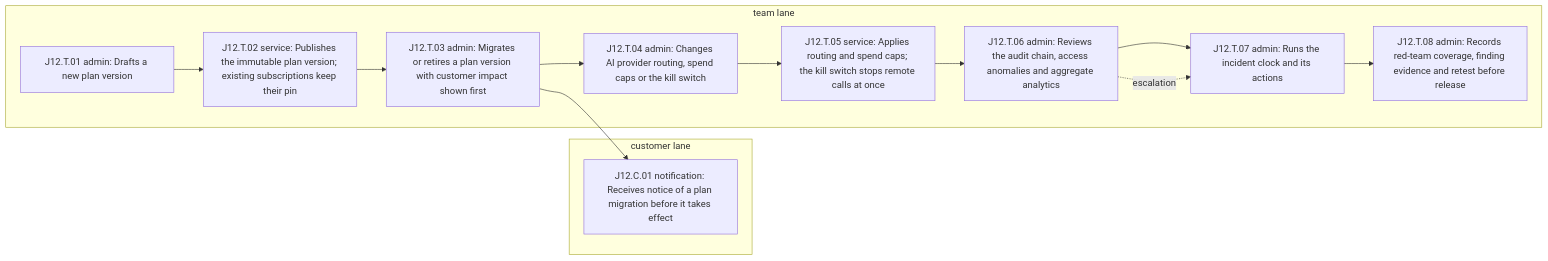
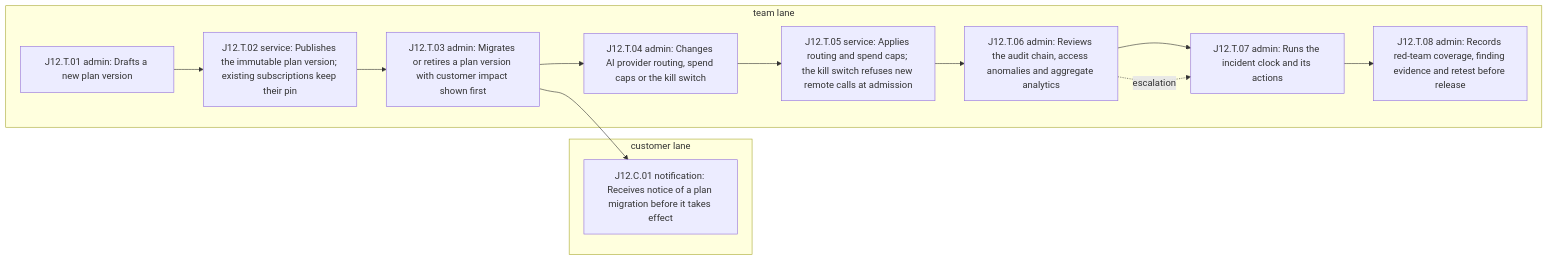
Diagram 13 of 13 in product/journey-blueprints.md (PenniLogic/docs), drawn with Mermaid before and after one commit. The commit also changed other lines of this file and 3 other files, not shown here.

````diff
--- a/product/journey-blueprints.md
+++ b/product/journey-blueprints.md
@@ -1179,25 +1180,25 @@
 ```mermaid
 flowchart LR
     subgraph customer[customer lane]
         J12_C_01["J12.C.01 notification: Receives notice of a plan migration before it takes effect"]
     end
     subgraph team[team lane]
         J12_T_01["J12.T.01 admin: Drafts a new plan version"]
         J12_T_02["J12.T.02 service: Publishes the immutable plan version; existing subscriptions keep their pin"]
         J12_T_03["J12.T.03 admin: Migrates or retires a plan version with customer impact shown first"]
         J12_T_04["J12.T.04 admin: Changes AI provider routing, spend caps or the kill switch"]
-        J12_T_05["J12.T.05 service: Applies routing and spend caps; the kill switch stops remote calls at once"]
+        J12_T_05["J12.T.05 service: Applies routing and spend caps; the kill switch refuses new remote calls at admission"]
         J12_T_06["J12.T.06 admin: Reviews the audit chain, access anomalies and aggregate analytics"]
         J12_T_07["J12.T.07 admin: Runs the incident clock and its actions"]
         J12_T_08["J12.T.08 admin: Records red-team coverage, finding evidence and retest before release"]
     end
     J12_T_01 --> J12_T_02
     J12_T_02 --> J12_T_03
     J12_T_03 --> J12_C_01
     J12_T_03 --> J12_T_04
     J12_T_04 --> J12_T_05
     J12_T_05 --> J12_T_06
     J12_T_06 --> J12_T_07
     J12_T_06 -. escalation .-> J12_T_07
     J12_T_07 --> J12_T_08
 ```
````
